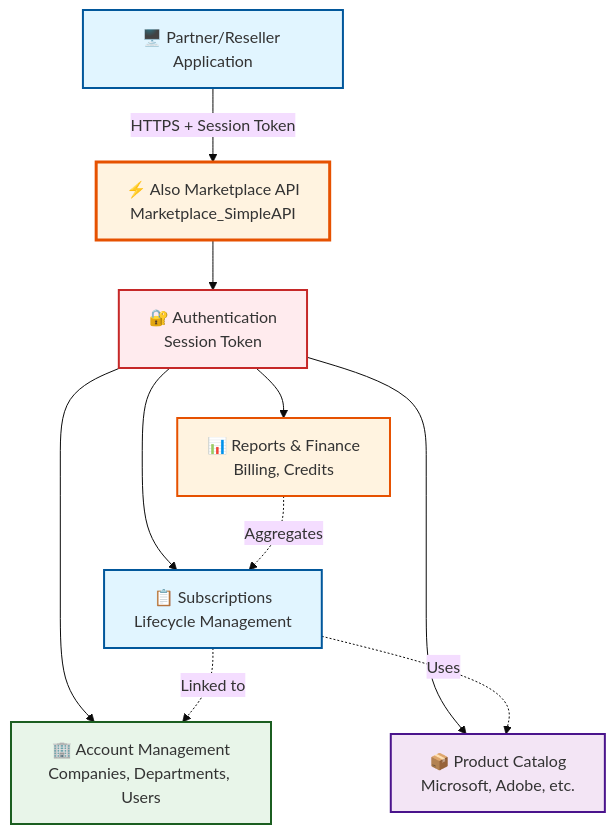
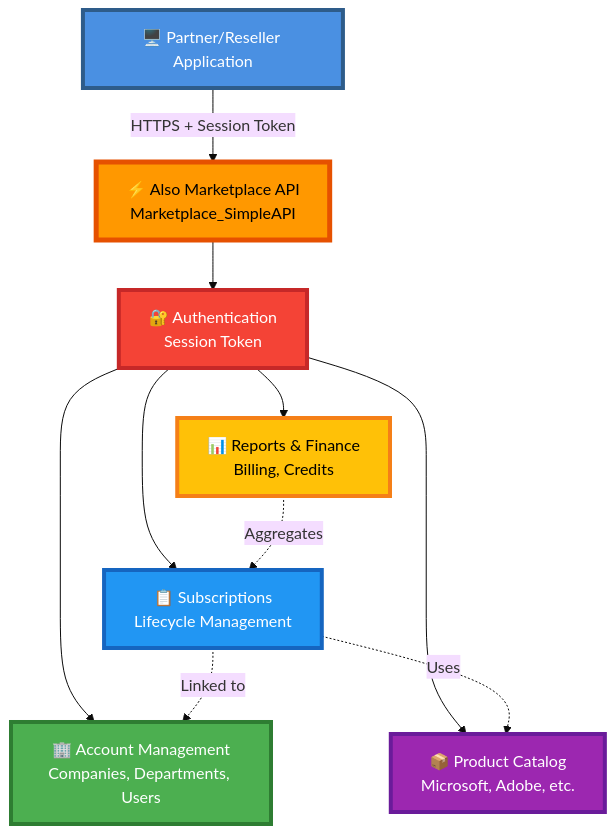
The first of 4 diagrams in Also/DOC/README.md (ZELA2000/Also-TDSynnex-Trend), drawn with Mermaid (base theme) before and after one commit. The commit also changed other lines of this file and 11 other files, not shown here.

Commit message:
style: Update diagram styles across documentation for improved clarity and consistency

````diff
--- a/Also/DOC/README.md
+++ b/Also/DOC/README.md
@@ -32,32 +32,32 @@
 ```mermaid
 graph TB
     Client["🖥️ Partner/Reseller Application"]
     
     API["⚡ Also Marketplace API<br/>Marketplace_SimpleAPI"]
     
     Auth["🔐 Authentication<br/>Session Token"]
     Accounts["🏢 Account Management<br/>Companies, Departments, Users"]
     Catalog["📦 Product Catalog<br/>Microsoft, Adobe, etc."]
     Subscriptions["📋 Subscriptions<br/>Lifecycle Management"]
     Reports["📊 Reports & Finance<br/>Billing, Credits"]
     
     Client -->|HTTPS + Session Token| API
     
     API --> Auth
     Auth --> Accounts
     Auth --> Catalog
     Auth --> Subscriptions
     Auth --> Reports
     
     Subscriptions -.->|Linked to| Accounts
     Subscriptions -.->|Uses| Catalog
     Reports -.->|Aggregates| Subscriptions
     
-    style Client fill:#e1f5ff,stroke:#01579b,stroke-width:2px
-    style API fill:#fff3e0,stroke:#e65100,stroke-width:3px
-    style Auth fill:#ffebee,stroke:#c62828,stroke-width:2px
-    style Accounts fill:#e8f5e9,stroke:#1b5e20,stroke-width:2px
-    style Catalog fill:#f3e5f5,stroke:#4a148c,stroke-width:2px
-    style Subscriptions fill:#e1f5ff,stroke:#01579b,stroke-width:2px
-    style Reports fill:#fff3e0,stroke:#e65100,stroke-width:2px
+    style Client fill:#4A90E2,stroke:#2E5C8A,stroke-width:4px,color:#fff
+    style API fill:#FF9800,stroke:#E65100,stroke-width:5px,color:#000
+    style Auth fill:#F44336,stroke:#C62828,stroke-width:4px,color:#fff
+    style Accounts fill:#4CAF50,stroke:#2E7D32,stroke-width:4px,color:#fff
+    style Catalog fill:#9C27B0,stroke:#6A1B9A,stroke-width:4px,color:#fff
+    style Subscriptions fill:#2196F3,stroke:#1565C0,stroke-width:4px,color:#fff
+    style Reports fill:#FFC107,stroke:#F57F17,stroke-width:4px,color:#000
 ```
````
